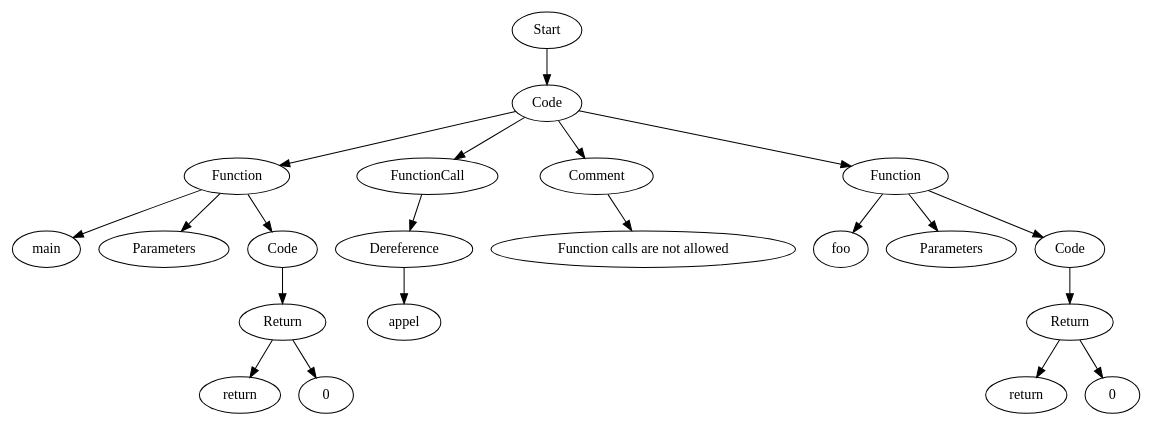
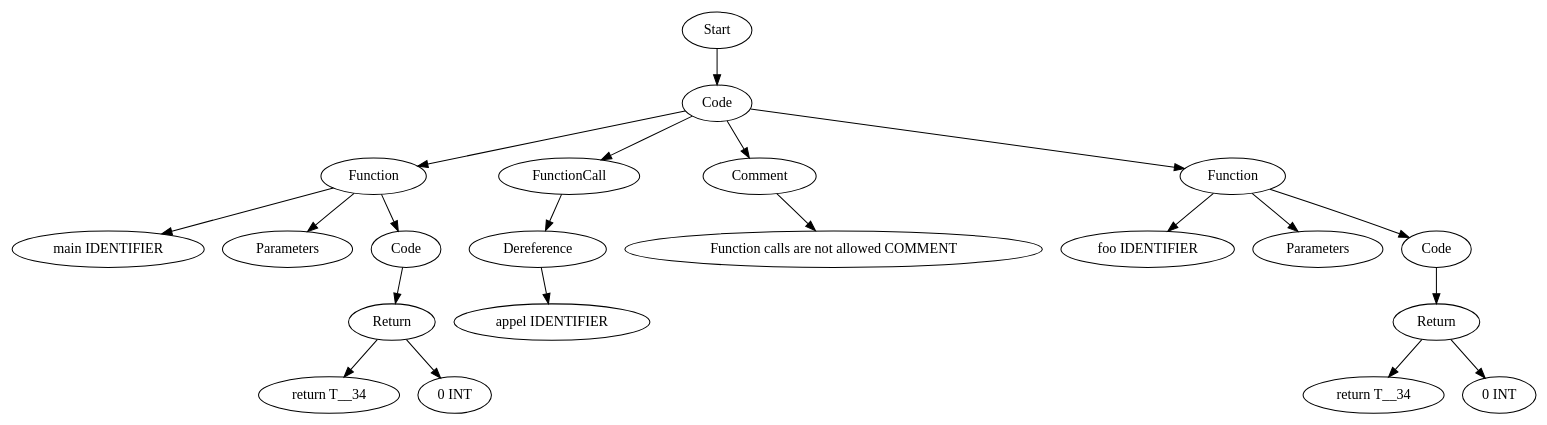
One commit to Are-you-listening/Compilers changed the diagram in TestCases/ASTTests/ConstraintsTests/CreateTests/read_file_before.dot. Above: the diagram before and after it, drawn with Graphviz. The commit also changed 50 other files, not shown here.

```diff
--- a/TestCases/ASTTests/ConstraintsTests/CreateTests/read_file_before.dot
+++ b/TestCases/ASTTests/ConstraintsTests/CreateTests/read_file_before.dot
@@ -1,43 +1,43 @@
 digraph AST {
-  "140406277515456" [label="Start"];
-  "140406277515456" -> "140406277638368";
-  "140406277638368" [label="Code"];
-  "140406277638368" -> "140406277639328";
-  "140406277638368" -> "140406277636304";
-  "140406277638368" -> "140406277636784";
-  "140406277638368" -> "140406277638944";
-  "140406277639328" [label="Function"];
-  "140406277639328" -> "140406277642352";
-  "140406277639328" -> "140406277642112";
-  "140406277639328" -> "140406277641920";
-  "140406277642352" [label="main"];
-  "140406277642112" [label="Parameters"];
-  "140406277641920" [label="Code"];
-  "140406277641920" -> "140406277641728";
-  "140406277641728" [label="Return"];
-  "140406277641728" -> "140406277639712";
-  "140406277641728" -> "140406277637552";
-  "140406277639712" [label="return"];
-  "140406277637552" [label="0"];
-  "140406277636304" [label="FunctionCall"];
-  "140406277636304" -> "140406277641008";
-  "140406277641008" [label="Dereference"];
-  "140406277641008" -> "140406277639472";
-  "140406277639472" [label="appel"];
-  "140406277636784" [label="Comment"];
-  "140406277636784" -> "140406277643024";
-  "140406277643024" [label="Function calls are not allowed"];
-  "140406277638944" [label="Function"];
-  "140406277638944" -> "140406277642784";
-  "140406277638944" -> "140406277641632";
-  "140406277638944" -> "140406277642448";
-  "140406277642784" [label="foo"];
-  "140406277641632" [label="Parameters"];
-  "140406277642448" [label="Code"];
-  "140406277642448" -> "140406277639232";
-  "140406277639232" [label="Return"];
-  "140406277639232" -> "140406277642256";
-  "140406277639232" -> "140406277637744";
-  "140406277642256" [label="return"];
-  "140406277637744" [label="0"];
+  "134007127697024" [label="Start"];
+  "134007127697024" -> "134007127696640";
+  "134007127696640" [label="Code"];
+  "134007127696640" -> "134007127697840";
+  "134007127696640" -> "134007127697792";
+  "134007127696640" -> "134007127697888";
+  "134007127696640" -> "134007127694864";
+  "134007127697840" [label="Function"];
+  "134007127697840" -> "134007127696256";
+  "134007127697840" -> "134007127695968";
+  "134007127697840" -> "134007127693904";
+  "134007127696256" [label="main IDENTIFIER"];
+  "134007127695968" [label="Parameters"];
+  "134007127693904" [label="Code"];
+  "134007127693904" -> "134007127688576";
+  "134007127688576" [label="Return"];
+  "134007127688576" -> "134007127692416";
+  "134007127688576" -> "134007127694624";
+  "134007127692416" [label="return T__34"];
+  "134007127694624" [label="0 INT"];
+  "134007127697792" [label="FunctionCall"];
+  "134007127697792" -> "134007127695104";
+  "134007127695104" [label="Dereference"];
+  "134007127695104" -> "134007127697648";
+  "134007127697648" [label="appel IDENTIFIER"];
+  "134007127697888" [label="Comment"];
+  "134007127697888" -> "134007127697552";
+  "134007127697552" [label="Function calls are not allowed COMMENT"];
+  "134007127694864" [label="Function"];
+  "134007127694864" -> "134007127697264";
+  "134007127694864" -> "134007127688912";
+  "134007127694864" -> "134007127696976";
+  "134007127697264" [label="foo IDENTIFIER"];
+  "134007127688912" [label="Parameters"];
+  "134007127696976" [label="Code"];
+  "134007127696976" -> "134007127696832";
+  "134007127696832" [label="Return"];
+  "134007127696832" -> "134007127696928";
+  "134007127696832" -> "134007127694096";
+  "134007127696928" [label="return T__34"];
+  "134007127694096" [label="0 INT"];
 }
```
